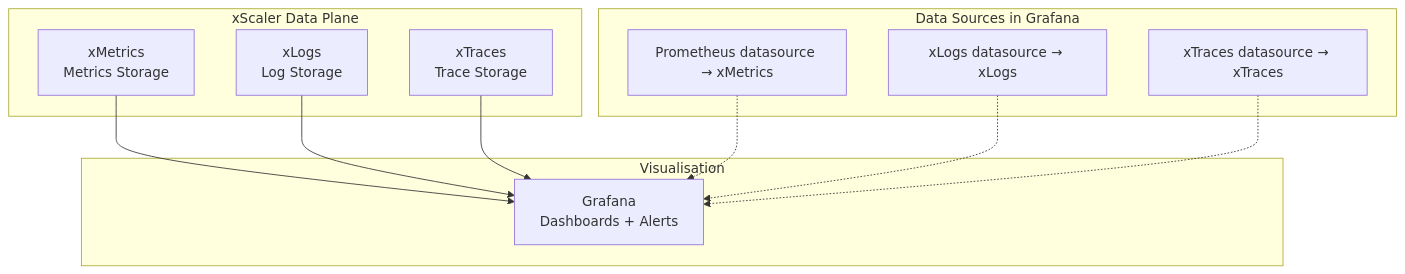
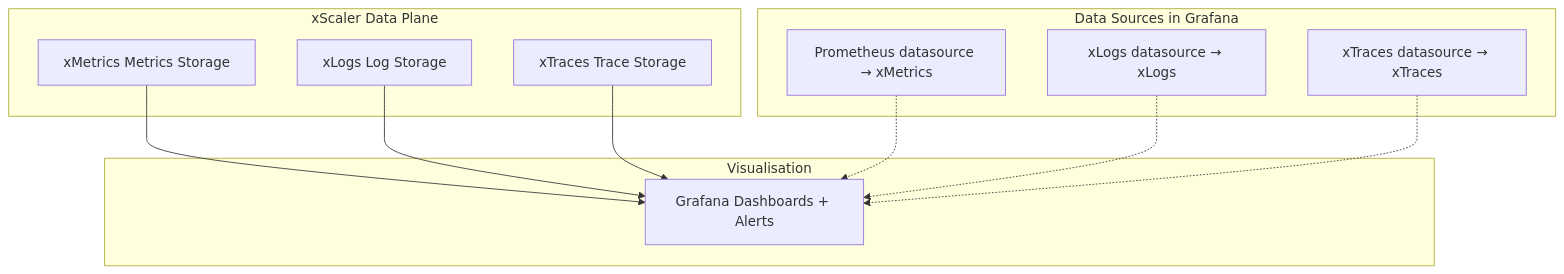
One commit to xscaler/training changed the third of 3 diagrams in docs/session-1/observability-fundamentals.md. Above: the diagram before and after it, drawn with Mermaid. The commit also changed other lines of this file and 38 other files, not shown here.

First line of the commit message:
Remove internal content, fix Mermaid diagrams, and rewrite labs as customer-facing exercises

````diff
--- a/docs/session-1/observability-fundamentals.md
+++ b/docs/session-1/observability-fundamentals.md
@@ -164,21 +158,21 @@
 ```mermaid
 graph TB
     subgraph "xScaler Data Plane"
-        MI[xMetrics\nMetrics Storage]
-        LO[xLogs\nLog Storage]
-        TE[xTraces\nTrace Storage]
+        MI[xMetrics Metrics Storage]
+        LO[xLogs Log Storage]
+        TE[xTraces Trace Storage]
     end
 
     subgraph "Visualisation"
-        GR[Grafana\nDashboards + Alerts]
+        GR[Grafana Dashboards + Alerts]
     end
 
     subgraph "Data Sources in Grafana"
         DS1[Prometheus datasource → xMetrics]
         DS2[xLogs datasource → xLogs]
         DS3[xTraces datasource → xTraces]
     end
 
     MI & LO & TE --> GR
     DS1 & DS2 & DS3 -.-> GR
 ```
````
